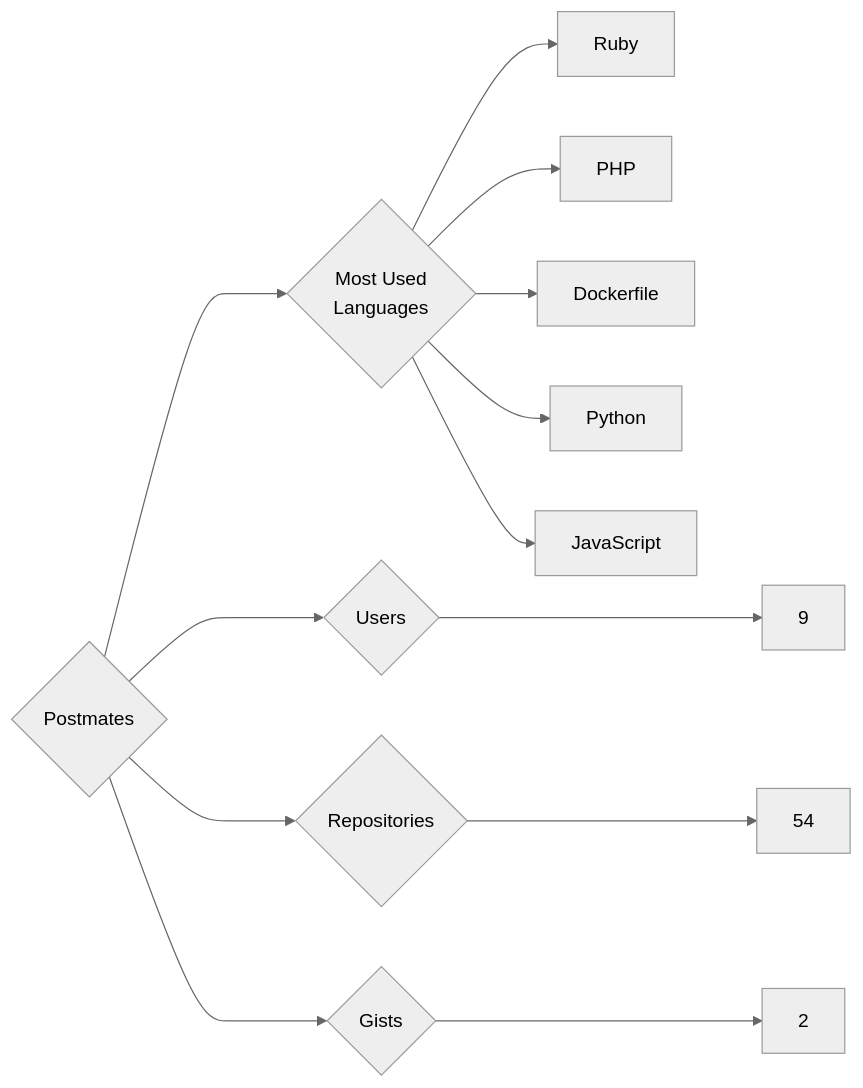
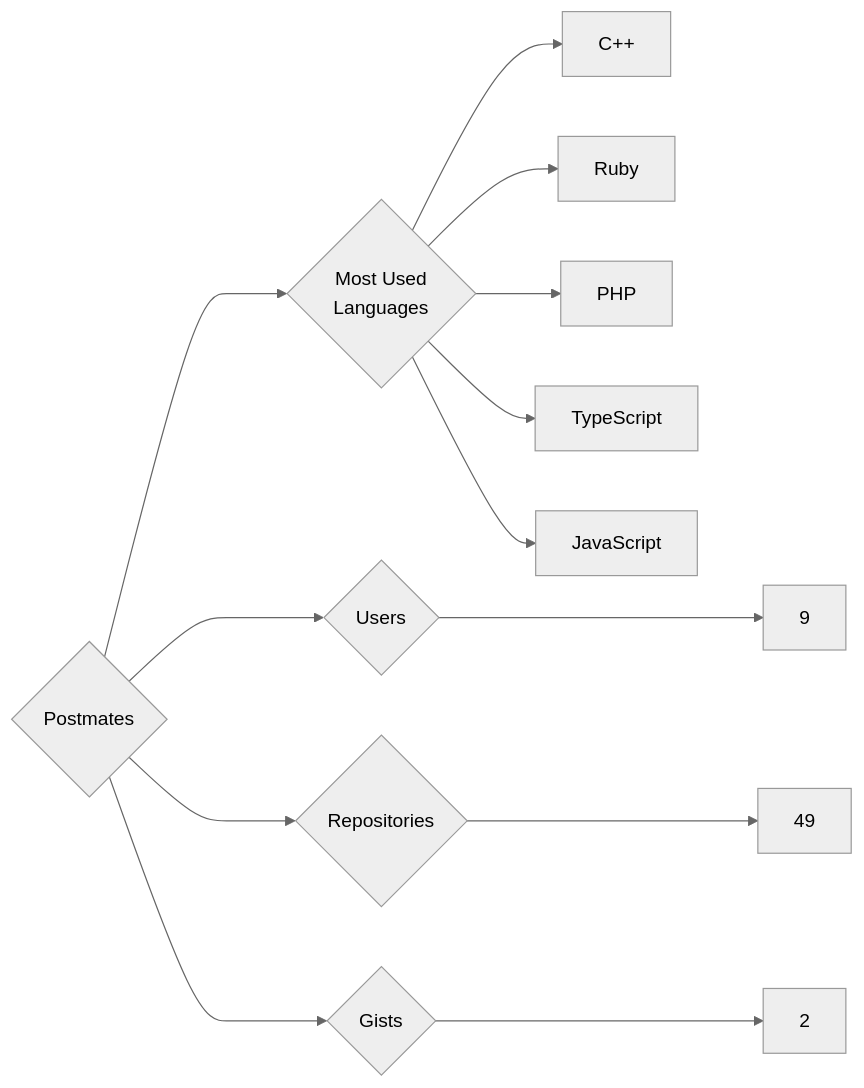
Before and after one commit to trickest/insiders: the diagram in targets/Postmates/README.md, drawn with Mermaid (neutral theme). The commit also changed 970 other files, not shown here.

````diff
--- a/targets/Postmates/README.md
+++ b/targets/Postmates/README.md
@@ -3,13 +3,13 @@
 ```mermaid
 graph LR
 COMPANY_NAME{Postmates}
 COMPANY_NAME ---> U{Users} ---> UN[9]
-COMPANY_NAME ---> R{Repositories} ---> RN[54]
+COMPANY_NAME ---> R{Repositories} ---> RN[49]
 COMPANY_NAME ---> G{Gists} ---> GN[2]
 COMPANY_NAME ---> ML{Most Used<br>Languages}
+ML --> C++[C++]
 ML --> Ruby[Ruby]
 ML --> PHP[PHP]
-ML --> Dockerfile[Dockerfile]
-ML --> Python[Python]
+ML --> TypeScript[TypeScript]
 ML --> JavaScript[JavaScript]
 ```
````
